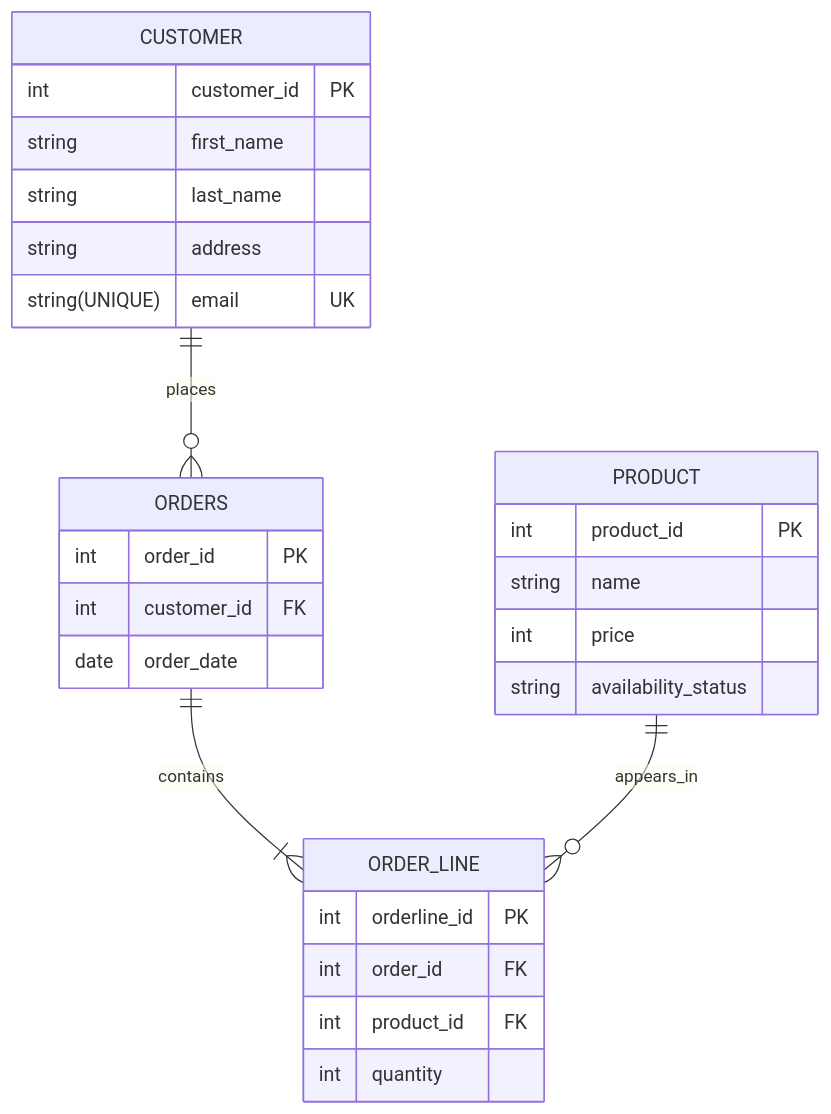
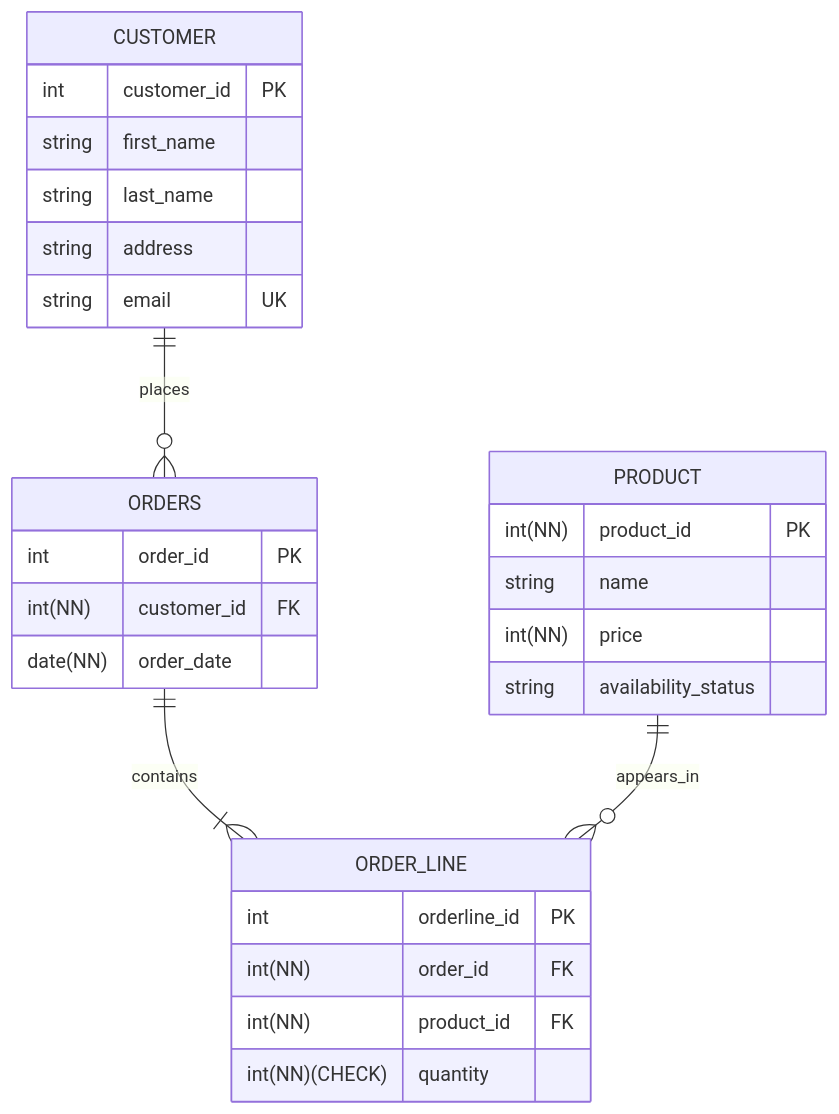
The diagram in lecture_04/ezecream_physical_data_model.mmd (JohnnyHyytiainen/data_modeling_DE25_johnny_hyytiainen), drawn with Mermaid before and after one commit.

```diff
--- a/lecture_04/ezecream_physical_data_model.mmd
+++ b/lecture_04/ezecream_physical_data_model.mmd
@@ -1,32 +1,32 @@
 erDiagram
     CUSTOMER ||--o{ ORDERS : places
     ORDERS  ||--|{ ORDER_LINE : contains
     PRODUCT ||--o{ ORDER_LINE : appears_in
 
     CUSTOMER {
         int customer_id PK
         string first_name
         string last_name
         string address
-        string(UNIQUE) email UK
+        string email UK
     }
 
     ORDERS {
         int order_id PK
-        int customer_id FK
-        date order_date
+        int(NN) customer_id FK
+        date(NN) order_date
     }
 
     PRODUCT {
-        int product_id PK
+        int(NN) product_id PK
         string name
-        int price
+        int(NN) price
         string availability_status
     }
 
     ORDER_LINE {
         int orderline_id PK
-        int order_id FK
-        int product_id FK
-        int quantity
+        int(NN) order_id FK
+        int(NN) product_id FK
+        int(NN)(CHECK) quantity
     }
```
